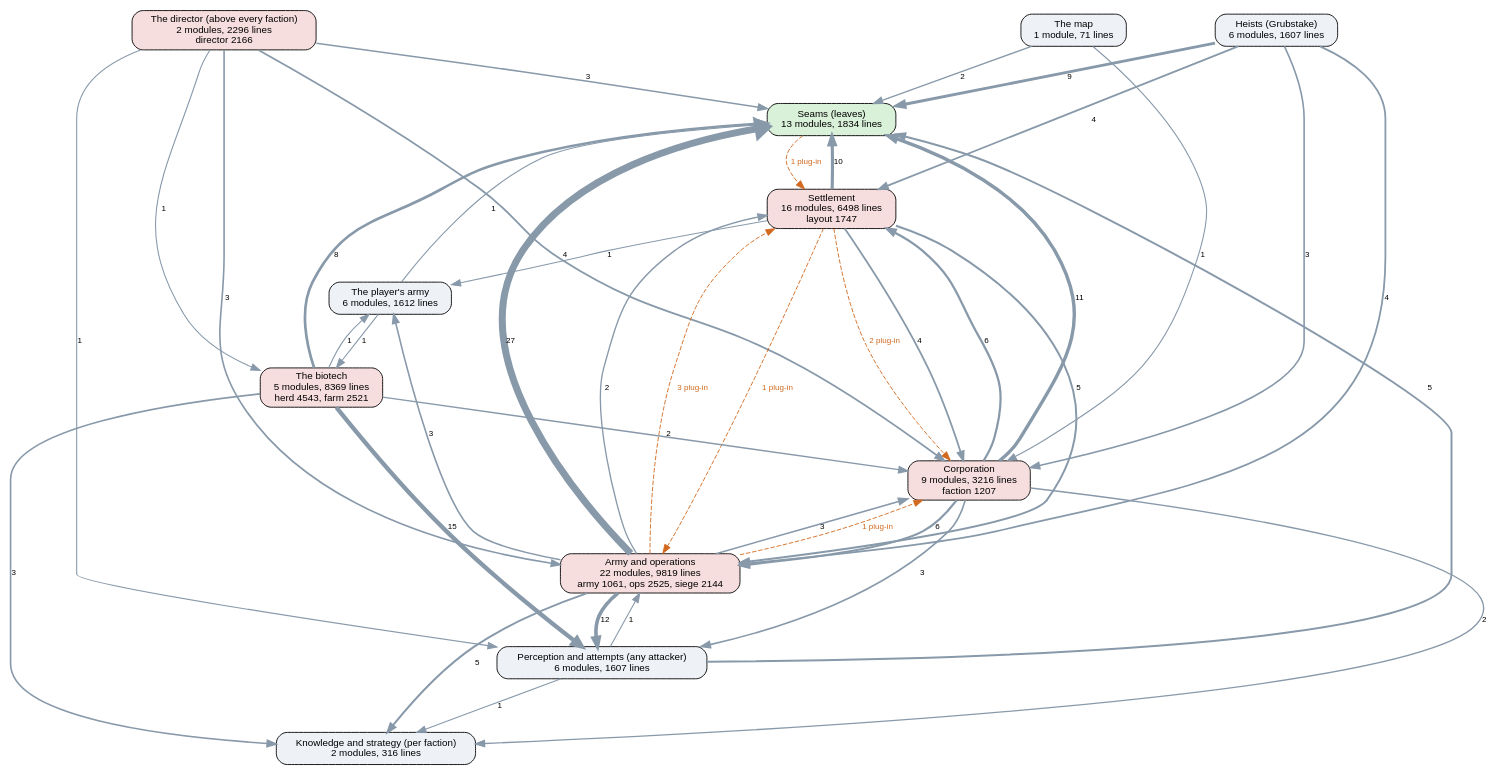
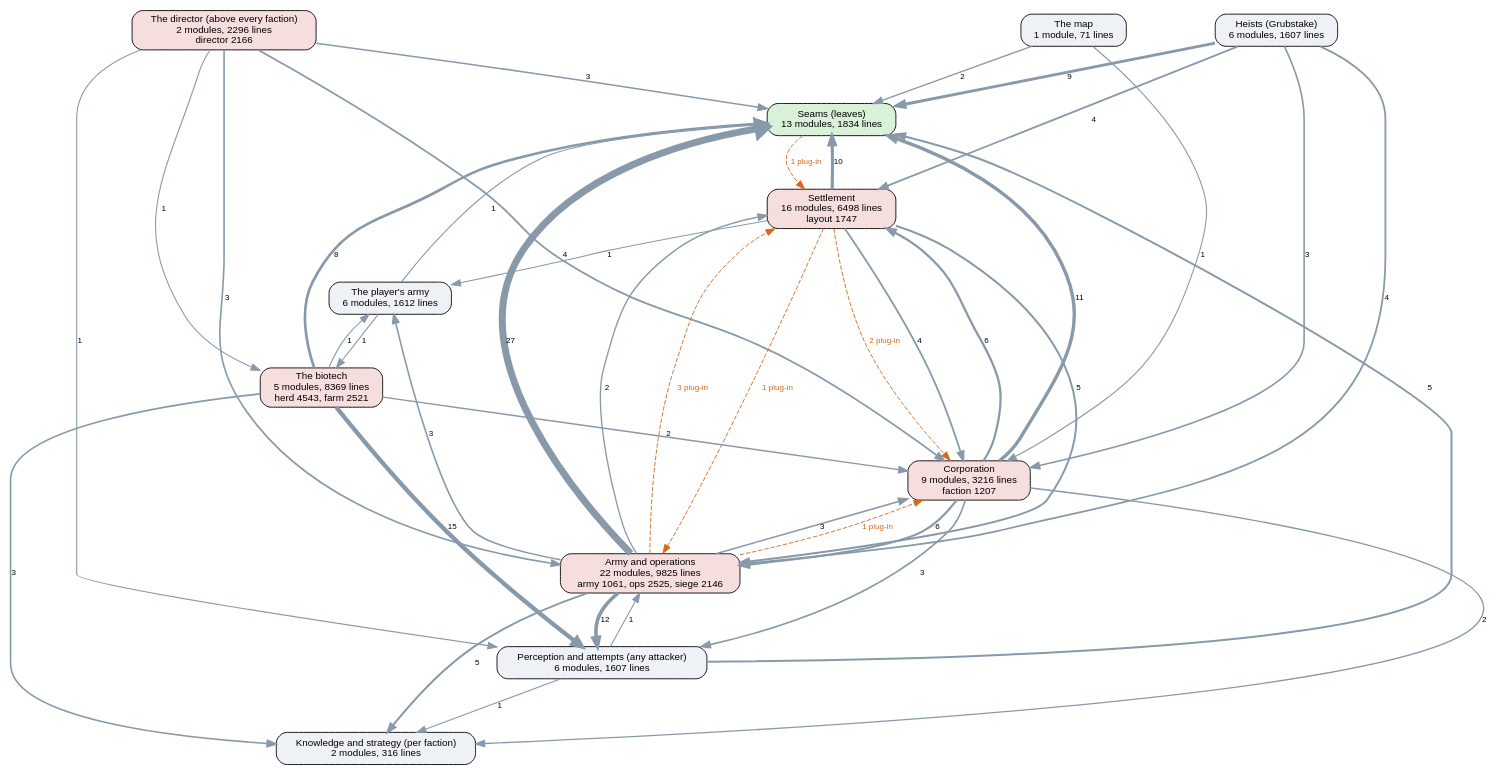
One commit to kinelhu/landing-party changed the diagram in docs/ai-layers.dot. Above: the diagram before and after it, drawn with Graphviz. The commit also changed 25 other files, not shown here.

```diff
--- a/docs/ai-layers.dot
+++ b/docs/ai-layers.dot
@@ -1,57 +1,57 @@
 digraph layers {
   graph [rankdir=TB, fontname="Helvetica", nodesep=0.5, ranksep=0.7];
   node [shape=box, style="rounded,filled", fontname="Helvetica", fontsize=11, fillcolor="#eef2f7"];
   edge [color="#8899aa", fontname="Helvetica", fontsize=9];
   "Seams (leaves)" [label="Seams (leaves)\n13 modules, 1834 lines", fillcolor="#d9f0d9"];
   "Perception and attempts (any attacker)" [label="Perception and attempts (any attacker)\n6 modules, 1607 lines", fillcolor="#eef2f7"];
   "Knowledge and strategy (per faction)" [label="Knowledge and strategy (per faction)\n2 modules, 316 lines", fillcolor="#eef2f7"];
   "The director (above every faction)" [label="The director (above every faction)\n2 modules, 2296 lines\ndirector 2166", fillcolor="#f7dede"];
   "Corporation" [label="Corporation\n9 modules, 3216 lines\nfaction 1207", fillcolor="#f7dede"];
   "Settlement" [label="Settlement\n16 modules, 6498 lines\nlayout 1747", fillcolor="#f7dede"];
-  "Army and operations" [label="Army and operations\n22 modules, 9819 lines\narmy 1061, ops 2525, siege 2144", fillcolor="#f7dede"];
+  "Army and operations" [label="Army and operations\n22 modules, 9825 lines\narmy 1061, ops 2525, siege 2146", fillcolor="#f7dede"];
   "Heists (Grubstake)" [label="Heists (Grubstake)\n6 modules, 1607 lines", fillcolor="#eef2f7"];
   "The biotech" [label="The biotech\n5 modules, 8369 lines\nherd 4543, farm 2521", fillcolor="#f7dede"];
   "The map" [label="The map\n1 module, 71 lines", fillcolor="#eef2f7"];
   "The player's army" [label="The player's army\n6 modules, 1612 lines", fillcolor="#eef2f7"];
   "Army and operations" -> "Corporation" [label="3", penwidth=1.8];
   "Army and operations" -> "Knowledge and strategy (per faction)" [label="5", penwidth=2.2];
   "Army and operations" -> "Perception and attempts (any attacker)" [label="12", penwidth=4.0];
   "Army and operations" -> "Seams (leaves)" [label="27", penwidth=7.8];
   "Army and operations" -> "Settlement" [label="2", penwidth=1.5];
   "Army and operations" -> "The player's army" [label="3", penwidth=1.8];
   "Corporation" -> "Army and operations" [label="6", penwidth=2.5];
   "Corporation" -> "Knowledge and strategy (per faction)" [label="2", penwidth=1.5];
   "Corporation" -> "Perception and attempts (any attacker)" [label="3", penwidth=1.8];
   "Corporation" -> "Seams (leaves)" [label="11", penwidth=3.8];
   "Corporation" -> "Settlement" [label="6", penwidth=2.5];
   "Heists (Grubstake)" -> "Army and operations" [label="4", penwidth=2.0];
   "Heists (Grubstake)" -> "Corporation" [label="3", penwidth=1.8];
   "Heists (Grubstake)" -> "Seams (leaves)" [label="9", penwidth=3.2];
   "Heists (Grubstake)" -> "Settlement" [label="4", penwidth=2.0];
   "Perception and attempts (any attacker)" -> "Army and operations" [label="1", penwidth=1.2];
   "Perception and attempts (any attacker)" -> "Knowledge and strategy (per faction)" [label="1", penwidth=1.2];
   "Perception and attempts (any attacker)" -> "Seams (leaves)" [label="5", penwidth=2.2];
   "Settlement" -> "Army and operations" [label="5", penwidth=2.2];
   "Settlement" -> "Corporation" [label="4", penwidth=2.0];
   "Settlement" -> "Seams (leaves)" [label="10", penwidth=3.5];
   "Settlement" -> "The player's army" [label="1", penwidth=1.2];
   "The biotech" -> "Corporation" [label="2", penwidth=1.5];
   "The biotech" -> "Knowledge and strategy (per faction)" [label="3", penwidth=1.8];
   "The biotech" -> "Perception and attempts (any attacker)" [label="15", penwidth=4.8];
   "The biotech" -> "Seams (leaves)" [label="8", penwidth=3.0];
   "The biotech" -> "The player's army" [label="1", penwidth=1.2];
   "The director (above every faction)" -> "Army and operations" [label="3", penwidth=1.8];
   "The director (above every faction)" -> "Corporation" [label="4", penwidth=2.0];
   "The director (above every faction)" -> "Perception and attempts (any attacker)" [label="1", penwidth=1.2];
   "The director (above every faction)" -> "Seams (leaves)" [label="3", penwidth=1.8];
   "The director (above every faction)" -> "The biotech" [label="1", penwidth=1.2];
   "The map" -> "Corporation" [label="1", penwidth=1.2];
   "The map" -> "Seams (leaves)" [label="2", penwidth=1.5];
   "The player's army" -> "Seams (leaves)" [label="1", penwidth=1.2];
   "The player's army" -> "The biotech" [label="1", penwidth=1.2];
   "Army and operations" -> "Corporation" [style=dashed, color="#d2691e", fontcolor="#d2691e", label="1 plug-in"];
   "Army and operations" -> "Settlement" [style=dashed, color="#d2691e", fontcolor="#d2691e", label="3 plug-in"];
   "Seams (leaves)" -> "Settlement" [style=dashed, color="#d2691e", fontcolor="#d2691e", label="1 plug-in"];
   "Settlement" -> "Army and operations" [style=dashed, color="#d2691e", fontcolor="#d2691e", label="1 plug-in"];
   "Settlement" -> "Corporation" [style=dashed, color="#d2691e", fontcolor="#d2691e", label="2 plug-in"];
 }
```
